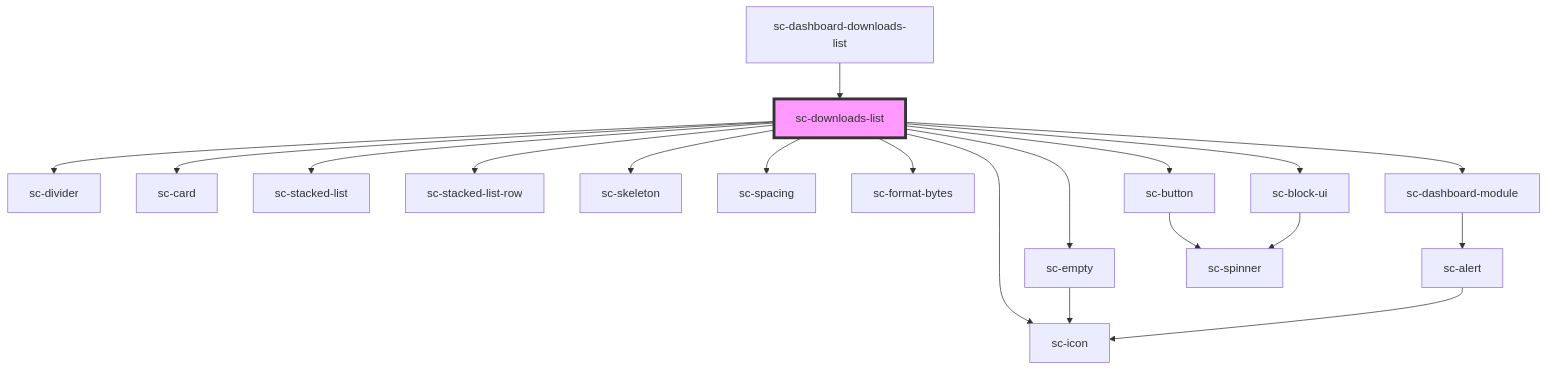
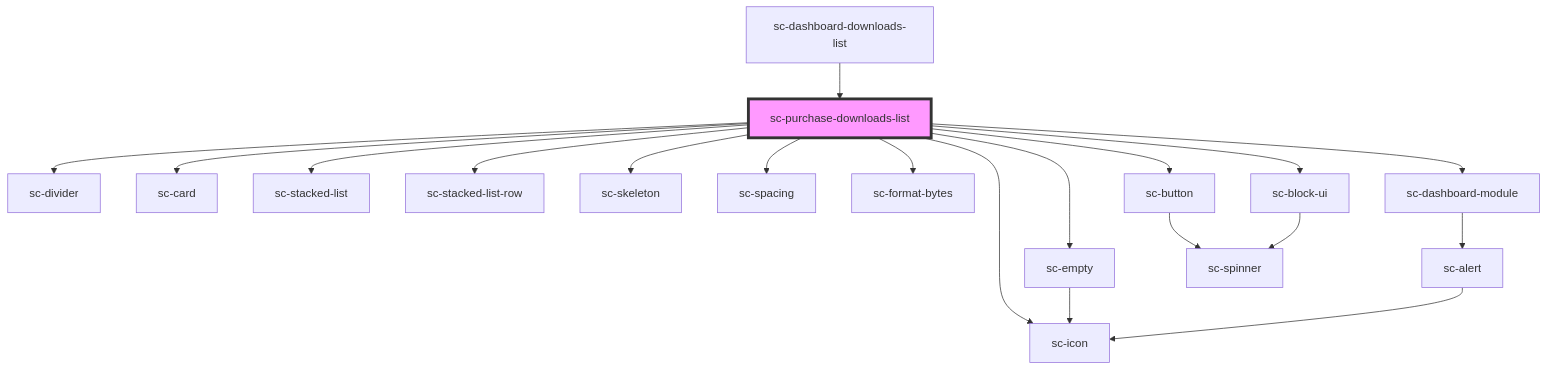
The diagram in packages/components/src/components/ui/purchase-downloads-list/readme.md (surecart/surecart-wp-plugin), drawn with Mermaid before and after one commit. The commit also changed 68 other files, not shown here.

````diff
--- a/packages/components/src/components/ui/purchase-downloads-list/readme.md
+++ b/packages/components/src/components/ui/purchase-downloads-list/readme.md
@@ -43,22 +43,22 @@
 ```mermaid
 graph TD;
-  sc-downloads-list --> sc-divider
-  sc-downloads-list --> sc-empty
-  sc-downloads-list --> sc-card
-  sc-downloads-list --> sc-stacked-list
-  sc-downloads-list --> sc-stacked-list-row
-  sc-downloads-list --> sc-skeleton
-  sc-downloads-list --> sc-spacing
-  sc-downloads-list --> sc-format-bytes
-  sc-downloads-list --> sc-icon
-  sc-downloads-list --> sc-dashboard-module
-  sc-downloads-list --> sc-button
-  sc-downloads-list --> sc-block-ui
+  sc-purchase-downloads-list --> sc-divider
+  sc-purchase-downloads-list --> sc-empty
+  sc-purchase-downloads-list --> sc-card
+  sc-purchase-downloads-list --> sc-stacked-list
+  sc-purchase-downloads-list --> sc-stacked-list-row
+  sc-purchase-downloads-list --> sc-skeleton
+  sc-purchase-downloads-list --> sc-spacing
+  sc-purchase-downloads-list --> sc-format-bytes
+  sc-purchase-downloads-list --> sc-icon
+  sc-purchase-downloads-list --> sc-dashboard-module
+  sc-purchase-downloads-list --> sc-button
+  sc-purchase-downloads-list --> sc-block-ui
   sc-empty --> sc-icon
   sc-dashboard-module --> sc-alert
   sc-alert --> sc-icon
   sc-button --> sc-spinner
   sc-block-ui --> sc-spinner
-  sc-dashboard-downloads-list --> sc-downloads-list
-  style sc-downloads-list fill:#f9f,stroke:#333,stroke-width:4px
+  sc-dashboard-downloads-list --> sc-purchase-downloads-list
+  style sc-purchase-downloads-list fill:#f9f,stroke:#333,stroke-width:4px
 ```
````
